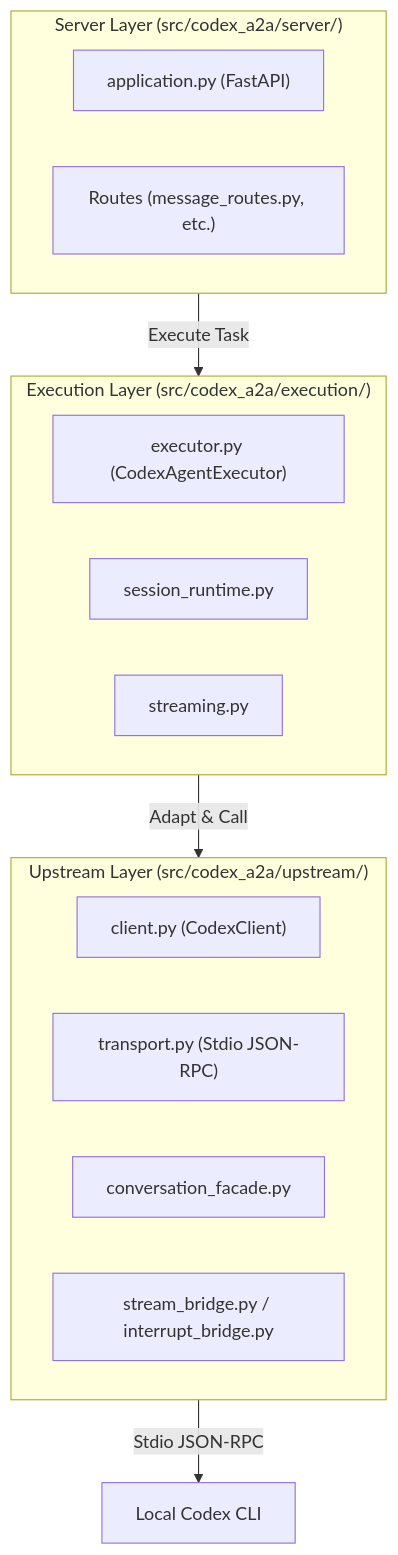
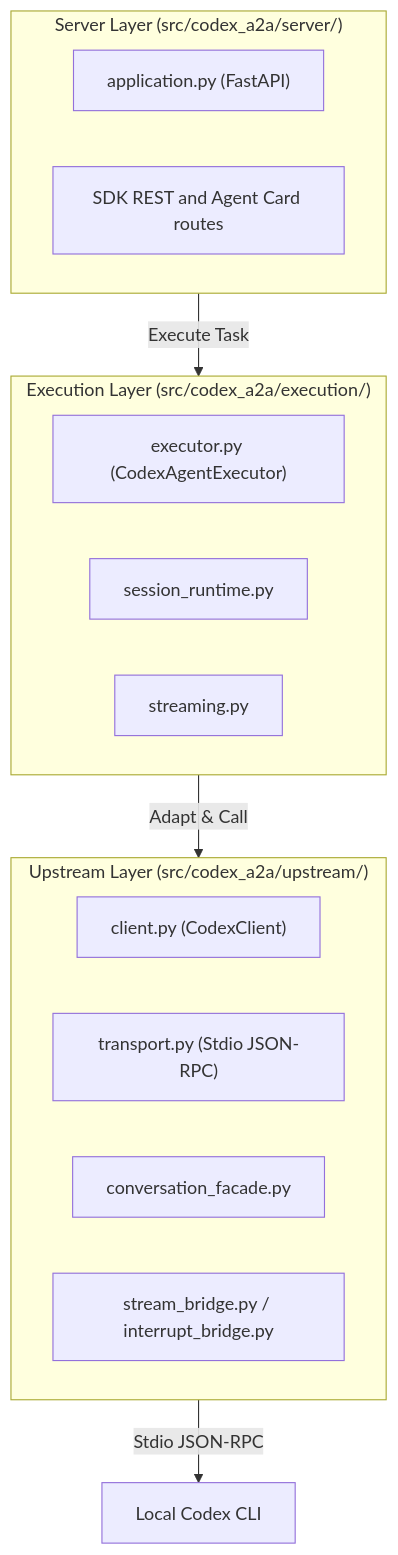
One commit to liujuanjuan1984/codex-a2a changed the diagram in docs/maintainer-architecture.md. Above: the diagram before and after it, drawn with Mermaid. The commit also changed 53 other files, not shown here.

````diff
--- a/docs/maintainer-architecture.md
+++ b/docs/maintainer-architecture.md
@@ -7,24 +7,24 @@
 ```mermaid
 flowchart TD
     subgraph Inbound["Server Layer (src/codex_a2a/server/)"]
         App["application.py (FastAPI)"]
-        Routes["Routes (message_routes.py, etc.)"]
+        Routes["SDK REST and Agent Card routes"]
     end
 
     subgraph Execution["Execution Layer (src/codex_a2a/execution/)"]
         Executor["executor.py (CodexAgentExecutor)"]
         SessionRT["session_runtime.py"]
         StreamingRT["streaming.py"]
     end
 
     subgraph Upstream["Upstream Layer (src/codex_a2a/upstream/)"]
         Client["client.py (CodexClient)"]
         Transport["transport.py (Stdio JSON-RPC)"]
         ConvFacade["conversation_facade.py"]
         Bridge["stream_bridge.py / interrupt_bridge.py"]
     end
 
     Inbound -->|Execute Task| Execution
     Execution -->|Adapt & Call| Upstream
     Upstream -->|Stdio JSON-RPC| Codex["Local Codex CLI"]
 ```
````
